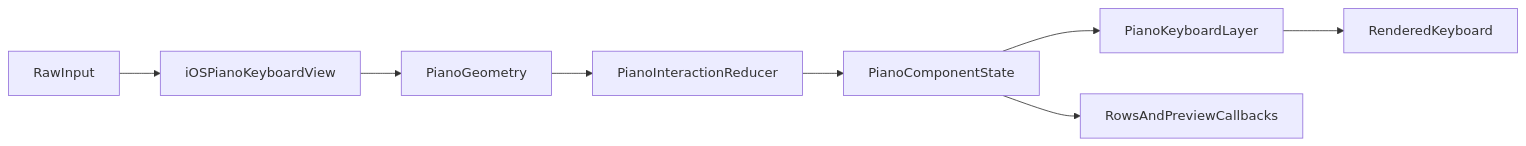
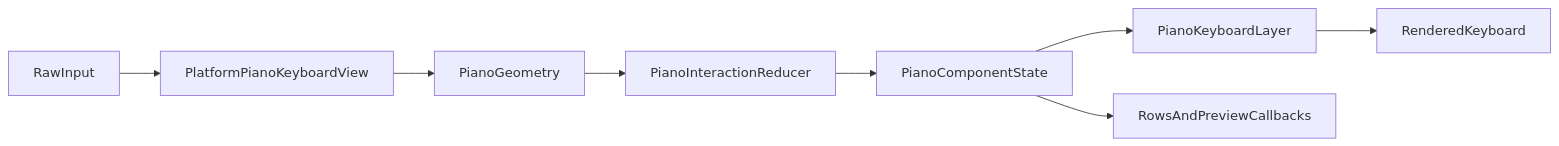
The diagram in .cursor/plans/钢琴键盘组件_84f52602.plan.md (ShaunCheh/NoteMaster_Ver_1), drawn with Mermaid before and after one commit. The commit also changed other lines of this file, not shown here.

````diff
--- a/.cursor/plans/钢琴键盘组件_84f52602.plan.md
+++ b/.cursor/plans/钢琴键盘组件_84f52602.plan.md
@@ -75,10 +89,10 @@
 ```mermaid
 flowchart LR
-    rawInput[RawInput] --> platformView[iOSPianoKeyboardView]
+    rawInput[RawInput] --> platformView[PlatformPianoKeyboardView]
     platformView --> geometry[PianoGeometry]
     geometry --> reducer[PianoInteractionReducer]
     reducer --> state[PianoComponentState]
     state --> layer[PianoKeyboardLayer]
     layer --> screen[RenderedKeyboard]
     state --> callbacks[RowsAndPreviewCallbacks]
 ```
````
